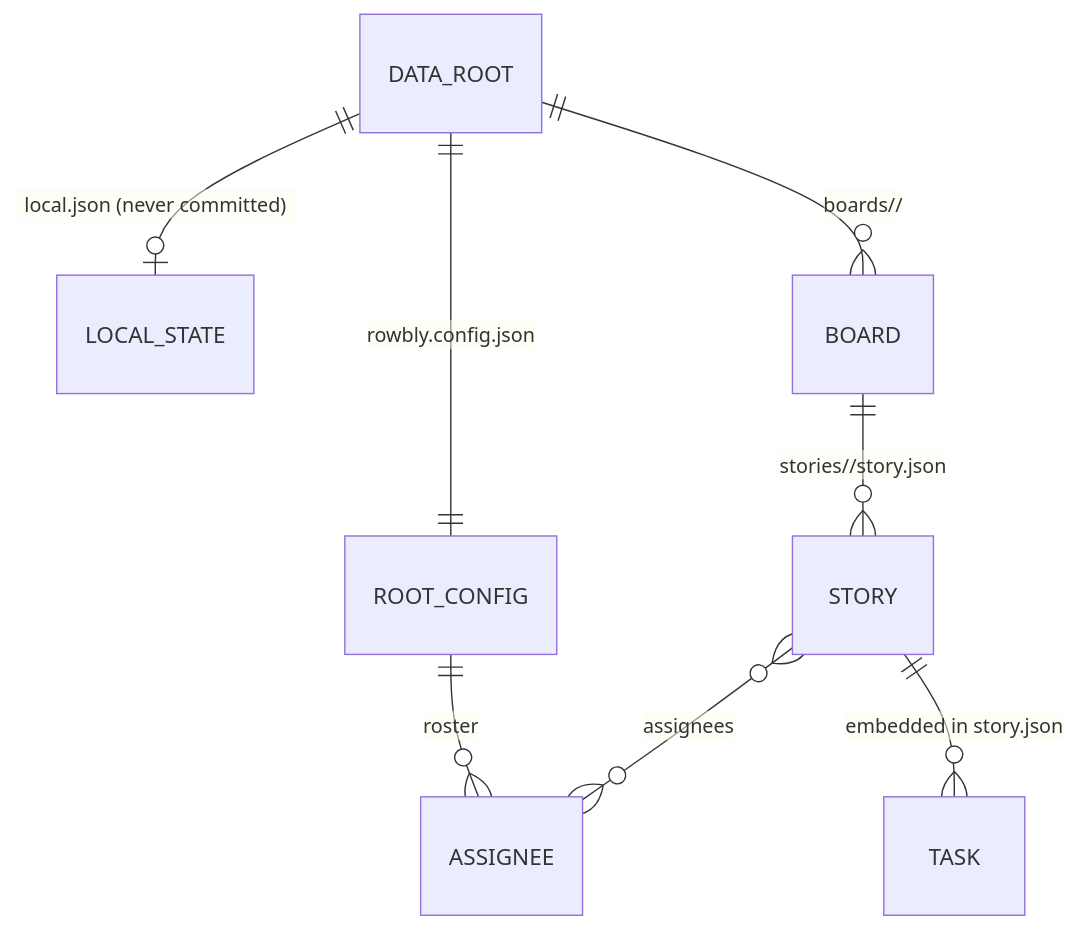
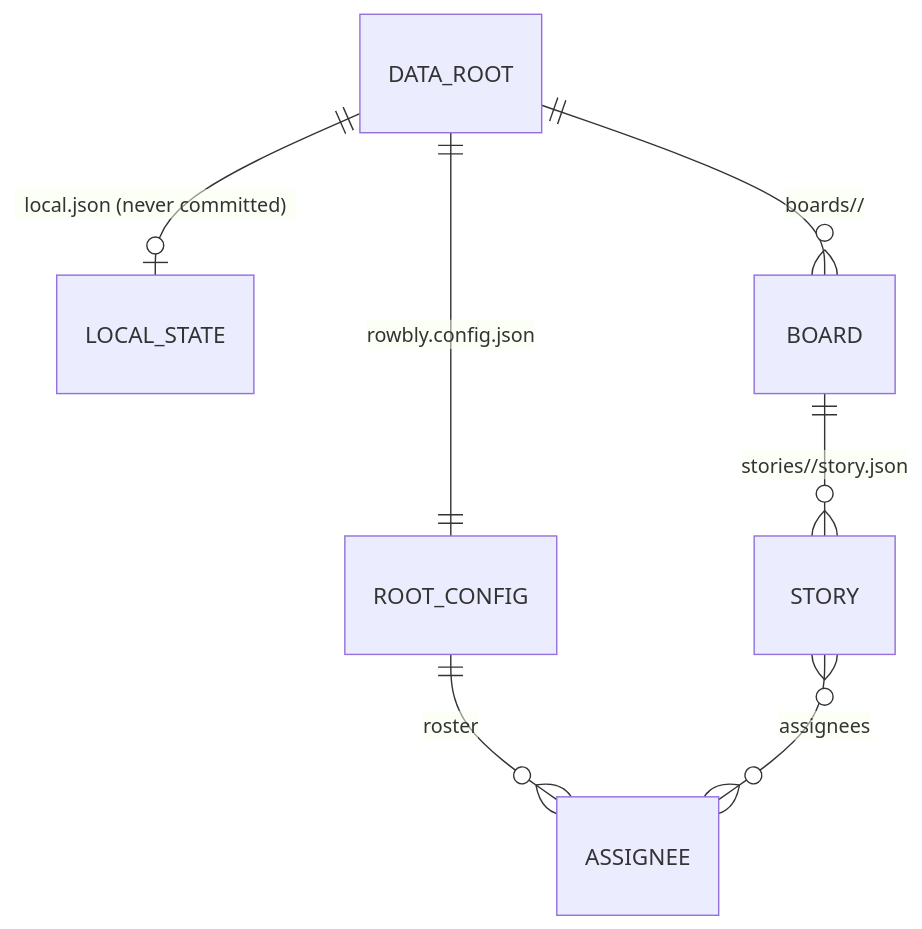
Before and after one commit to sgolovine/rowbly: the diagram in docs/architecture/data-model.md, drawn with Mermaid. The commit also changed other lines of this file and 27 other files, not shown here.

````diff
--- a/docs/architecture/data-model.md
+++ b/docs/architecture/data-model.md
@@ -7,10 +7,9 @@
 ```mermaid
 erDiagram
     DATA_ROOT ||--|| ROOT_CONFIG : "rowbly.config.json"
     DATA_ROOT ||--o| LOCAL_STATE : "local.json (never committed)"
     ROOT_CONFIG ||--o{ ASSIGNEE : "roster"
     DATA_ROOT ||--o{ BOARD : "boards/<board>/"
     BOARD ||--o{ STORY : "stories/<KEY>/story.json"
-    STORY ||--o{ TASK : "embedded in story.json"
     STORY }o--o{ ASSIGNEE : "assignees"
 ```
````
